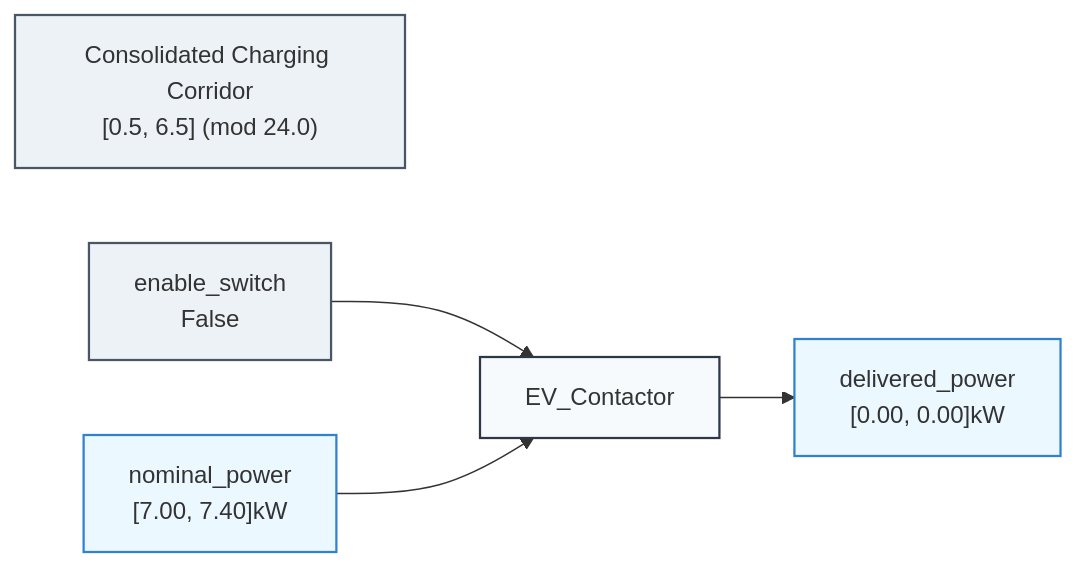
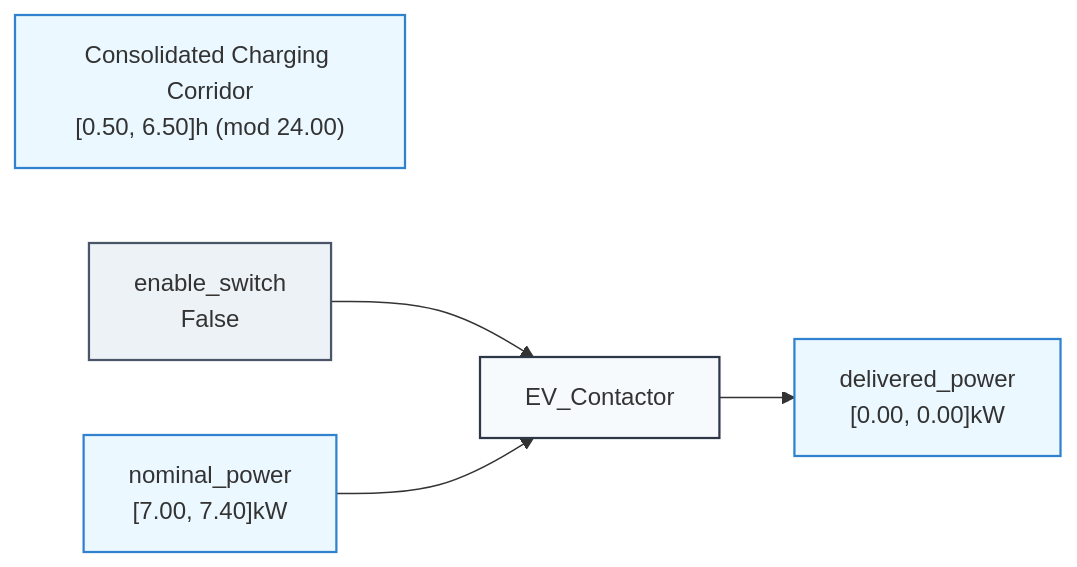
Before and after one commit to dougransom/lattice-propagator: the diagram in docs/assets/clock_intervals_ev_scheduler.mmd, drawn with Mermaid. The commit also changed 39 other files, not shown here.

First line of the commit message:
feat(primitives,docs): add AllDistinctPropagator, DelayedPropagator, tree_reduce/tree_sum, polymorphic graph, and relocate schematics

````diff
--- a/docs/assets/clock_intervals_ev_scheduler.mmd
+++ b/docs/assets/clock_intervals_ev_scheduler.mmd
@@ -1,21 +1,21 @@
 ```mermaid
 graph LR
   classDef bottom fill:#f8f9fa,stroke:#adb5bd,stroke-dasharray: 4 4,color:#6c757d;
   classDef contradiction fill:#fff5f5,stroke:#e53e3e,stroke-width:2px,color:#9b2c2c;
   classDef interval fill:#ebf8ff,stroke:#3182ce,stroke-width:1.5px;
   classDef gaussian fill:#f0fff4,stroke:#38a169,stroke-width:1.5px;
   classDef discrete fill:#faf5ff,stroke:#805ad5,stroke-width:1.5px;
   classDef cell fill:#edf2f7,stroke:#4a5568,stroke-width:1.5px;
   classDef value fill:#edf2f7,stroke:#4a5568,stroke-width:1.5px;
   classDef set fill:#faf5ff,stroke:#805ad5,stroke-width:1.5px;
   classDef belief fill:#f0fff4,stroke:#38a169,stroke-width:1.5px;
   classDef propagator fill:#f7fafc,stroke:#2d3748,stroke-width:1.5px;
-  C_charging_corridor["Consolidated Charging Corridor<br/>[0.5, 6.5] (mod 24.0)"]:::value
+  C_charging_corridor["Consolidated Charging Corridor<br/>[0.50, 6.50]h (mod 24.00)"]:::interval
   C_delivered_power["delivered_power<br/>[0.00, 0.00]kW"]:::interval
   C_enable_switch["enable_switch<br/>False"]:::value
   C_nominal_power["nominal_power<br/>[7.00, 7.40]kW"]:::interval
   P_EV_Contactor["EV_Contactor"]:::propagator
   C_enable_switch --> P_EV_Contactor
   C_nominal_power --> P_EV_Contactor
   P_EV_Contactor --> C_delivered_power
 ```
````
